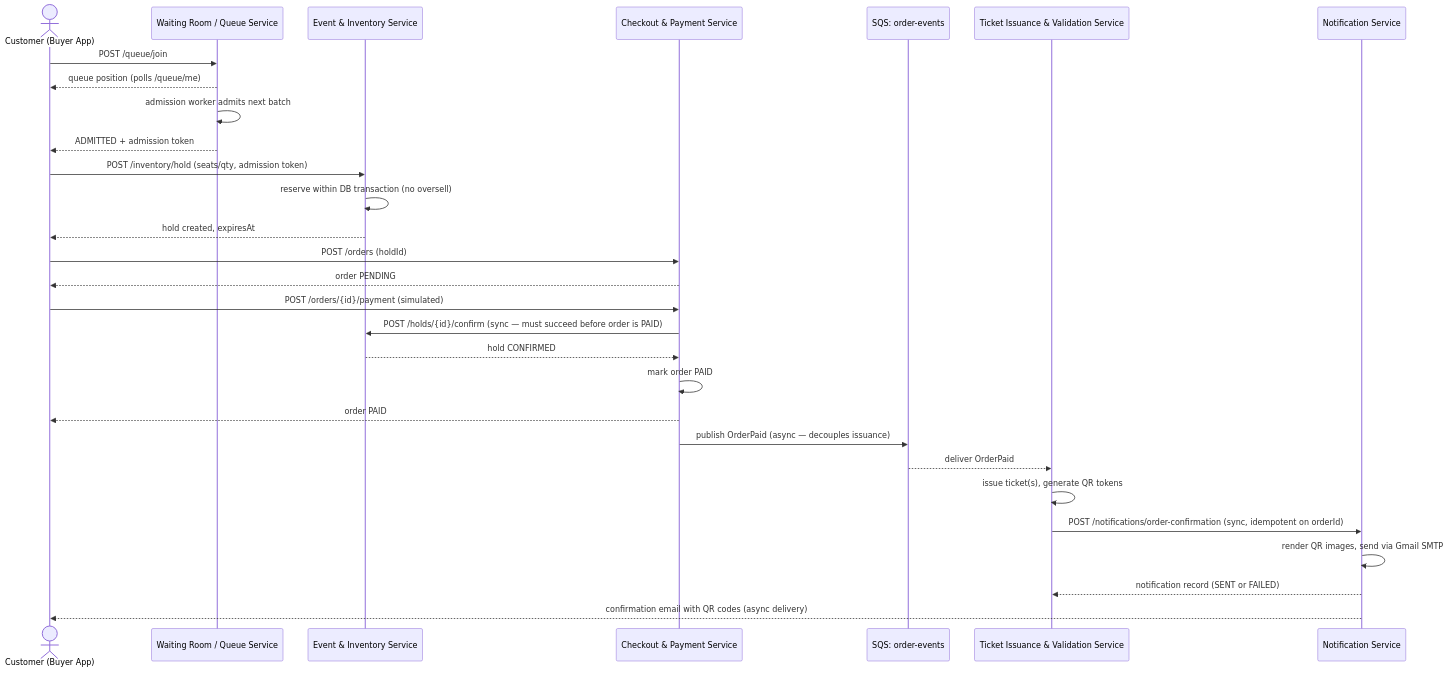
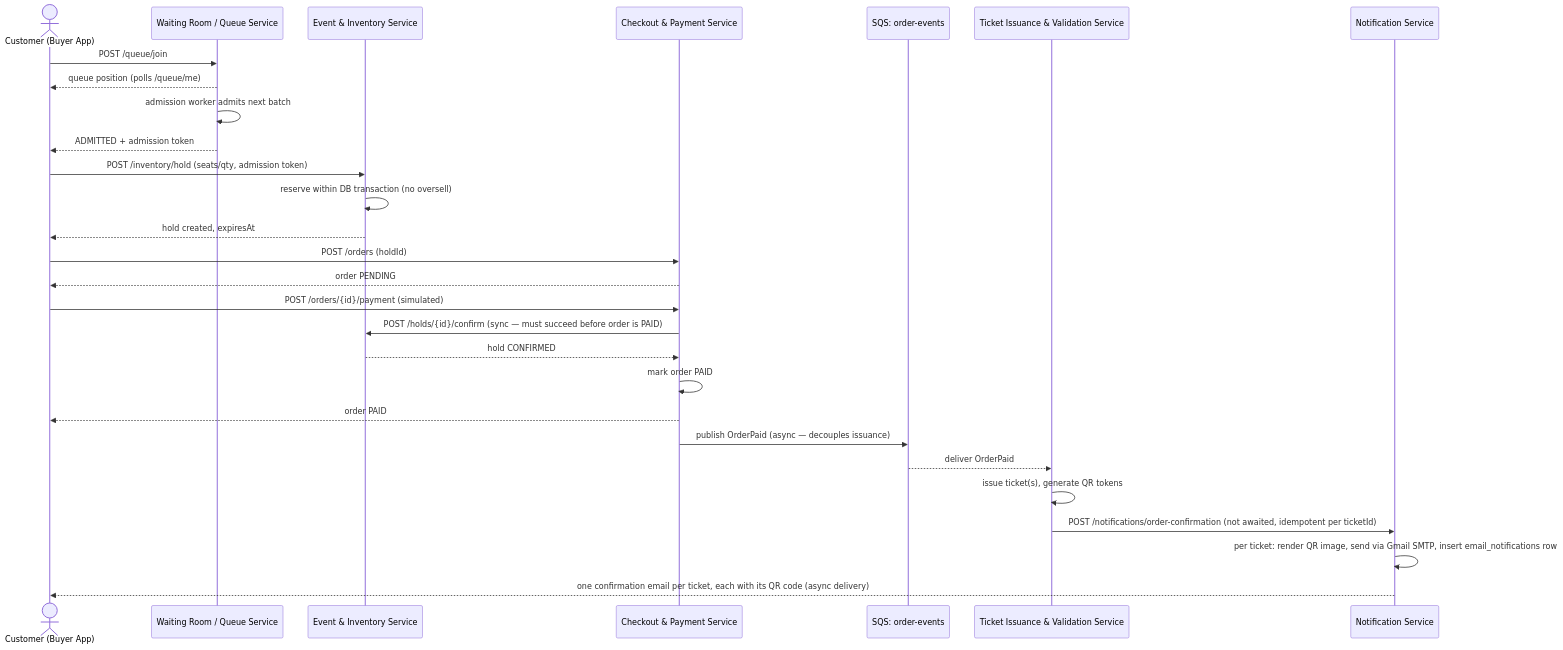
Before and after one commit to nus-mtech-grp1-sem2/backend-repo: diagram 12 of 12 in database/onestage-system-design_with_notification.md, drawn with Mermaid. The commit also changed other lines of this file and 11 other files, not shown here.

````diff
--- a/database/onestage-system-design_with_notification.md
+++ b/database/onestage-system-design_with_notification.md
@@ -725,34 +727,33 @@
 ```mermaid
 sequenceDiagram
     actor C as Customer (Buyer App)
     participant WR as Waiting Room / Queue Service
     participant EIS as Event & Inventory Service
     participant CPS as Checkout & Payment Service
     participant SQS as SQS: order-events
     participant TIV as Ticket Issuance & Validation Service
     participant NS as Notification Service
 
     C->>WR: POST /queue/join
     WR-->>C: queue position (polls /queue/me)
     WR->>WR: admission worker admits next batch
     WR-->>C: ADMITTED + admission token
 
     C->>EIS: POST /inventory/hold (seats/qty, admission token)
     EIS->>EIS: reserve within DB transaction (no oversell)
     EIS-->>C: hold created, expiresAt
 
     C->>CPS: POST /orders (holdId)
     CPS-->>C: order PENDING
     C->>CPS: POST /orders/{id}/payment (simulated)
     CPS->>EIS: POST /holds/{id}/confirm  (sync — must succeed before order is PAID)
     EIS-->>CPS: hold CONFIRMED
     CPS->>CPS: mark order PAID
     CPS-->>C: order PAID
     CPS->>SQS: publish OrderPaid  (async — decouples issuance)
     SQS-->>TIV: deliver OrderPaid
     TIV->>TIV: issue ticket(s), generate QR tokens
-    TIV->>NS: POST /notifications/order-confirmation (sync, idempotent on orderId)
-    NS->>NS: render QR images, send via Gmail SMTP
-    NS-->>TIV: notification record (SENT or FAILED)
-    NS-->>C: confirmation email with QR codes (async delivery)
+    TIV->>NS: POST /notifications/order-confirmation (not awaited, idempotent per ticketId)
+    NS->>NS: per ticket: render QR image, send via Gmail SMTP, insert email_notifications row
+    NS-->>C: one confirmation email per ticket, each with its QR code (async delivery)
 ```
````
